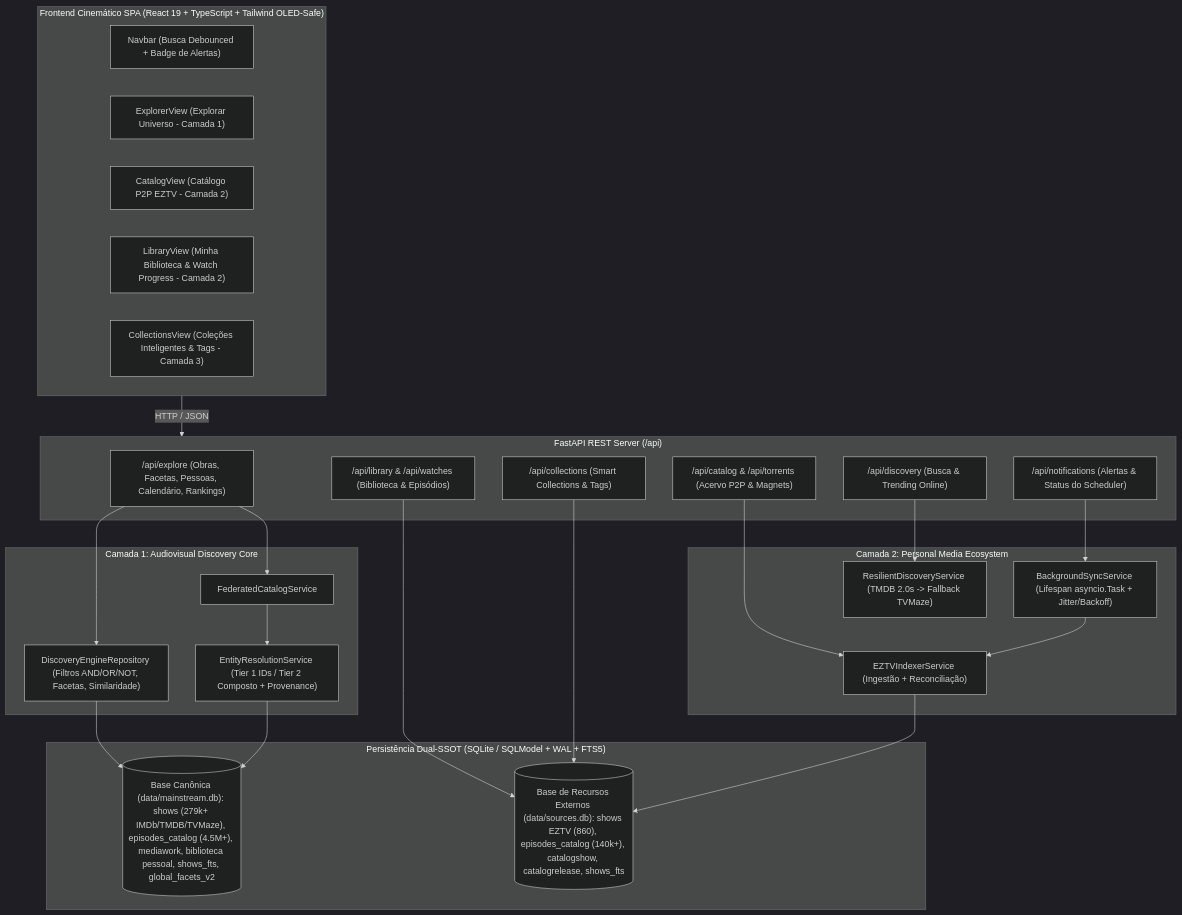
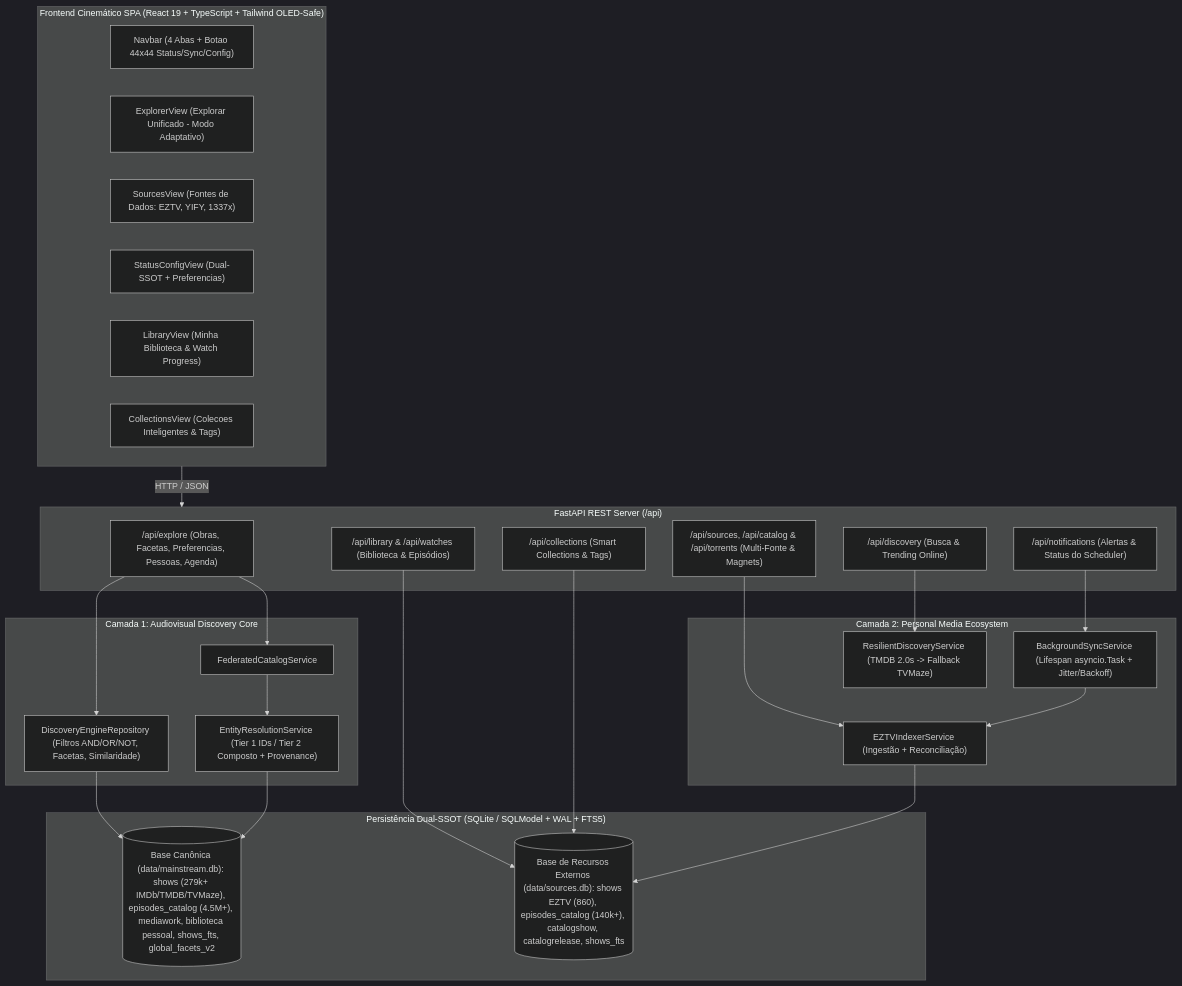
One commit to lscheffel/tv-pirata changed the diagram in README.md. Above: the diagram before and after it, drawn with Mermaid (dark theme). The commit also changed other lines of this file and 59 other files, not shown here.

Commit message:
feat(ui-ux): implement unified explore, multi-source catalog, status config and showcard redesign (ADR-012)

````diff
--- a/README.md
+++ b/README.md
@@ -33,51 +33,52 @@
 ```mermaid
 flowchart TD
     subgraph UI["Frontend Cinemático SPA (React 19 + TypeScript + Tailwind OLED-Safe)"]
-        Nav["Navbar (Busca Debounced + Badge de Alertas)"]
-        ExpView["ExplorerView (Explorar Universo - Camada 1)"]
-        CatView["CatalogView (Catálogo P2P EZTV - Camada 2)"]
-        LibView["LibraryView (Minha Biblioteca & Watch Progress - Camada 2)"]
-        ColView["CollectionsView (Coleções Inteligentes & Tags - Camada 3)"]
+        Nav["Navbar (4 Abas + Botao 44x44 Status/Sync/Config)"]
+        ExpView["ExplorerView (Explorar Unificado - Modo Adaptativo)"]
+        CatView["SourcesView (Fontes de Dados: EZTV, YIFY, 1337x)"]
+        CfgView["StatusConfigView (Dual-SSOT + Preferencias)"]
+        LibView["LibraryView (Minha Biblioteca & Watch Progress)"]
+        ColView["CollectionsView (Colecoes Inteligentes & Tags)"]
     end
 
     subgraph API["FastAPI REST Server (/api)"]
-        R_Exp["/api/explore (Obras, Facetas, Pessoas, Calendário, Rankings)"]
+        R_Exp["/api/explore (Obras, Facetas, Preferencias, Pessoas, Agenda)"]
         R_Disc["/api/discovery (Busca & Trending Online)"]
-        R_Cat["/api/catalog & /api/torrents (Acervo P2P & Magnets)"]
+        R_Cat["/api/sources, /api/catalog & /api/torrents (Multi-Fonte & Magnets)"]
         R_Lib["/api/library & /api/watches (Biblioteca & Episódios)"]
         R_Notif["/api/notifications (Alertas & Status do Scheduler)"]
         R_Col["/api/collections (Smart Collections & Tags)"]
     end
 
     subgraph Core["Camada 1: Audiovisual Discovery Core"]
         Fed["FederatedCatalogService"]
         ER["EntityResolutionService (Tier 1 IDs / Tier 2 Composto + Provenance)"]
         DE["DiscoveryEngineRepository (Filtros AND/OR/NOT, Facetas, Similaridade)"]
     end
 
     subgraph Ecosystem["Camada 2: Personal Media Ecosystem"]
         Sched["BackgroundSyncService (Lifespan asyncio.Task + Jitter/Backoff)"]
         Idx["EZTVIndexerService (Ingestão + Reconciliação)"]
         ResDisc["ResilientDiscoveryService (TMDB 2.0s -> Fallback TVMaze)"]
     end
 
     subgraph Storage["Persistência Dual-SSOT (SQLite / SQLModel + WAL + FTS5)"]
         DB_L1[("Base Canônica (data/mainstream.db): shows (279k+ IMDb/TMDB/TVMaze), episodes_catalog (4.5M+), mediawork, biblioteca pessoal, shows_fts, global_facets_v2")]
         DB_L2[("Base de Recursos Externos (data/sources.db): shows EZTV (860), episodes_catalog (140k+), catalogshow, catalogrelease, shows_fts")]
     end
 
     UI -->|"HTTP / JSON"| API
     R_Exp --> DE
     R_Exp --> Fed
     Fed --> ER
     DE --> DB_L1
     ER --> DB_L1
 
     R_Disc --> ResDisc
     R_Cat --> Idx
     R_Lib --> DB_L2
     R_Notif --> Sched
     R_Col --> DB_L2
     Sched --> Idx
     Idx --> DB_L2
 ```
````
